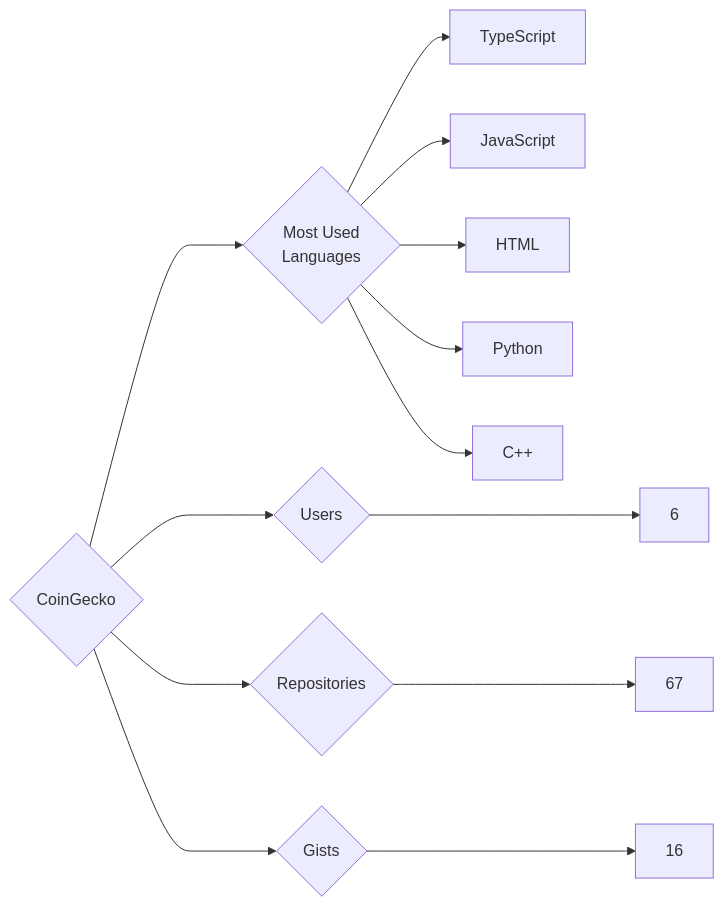
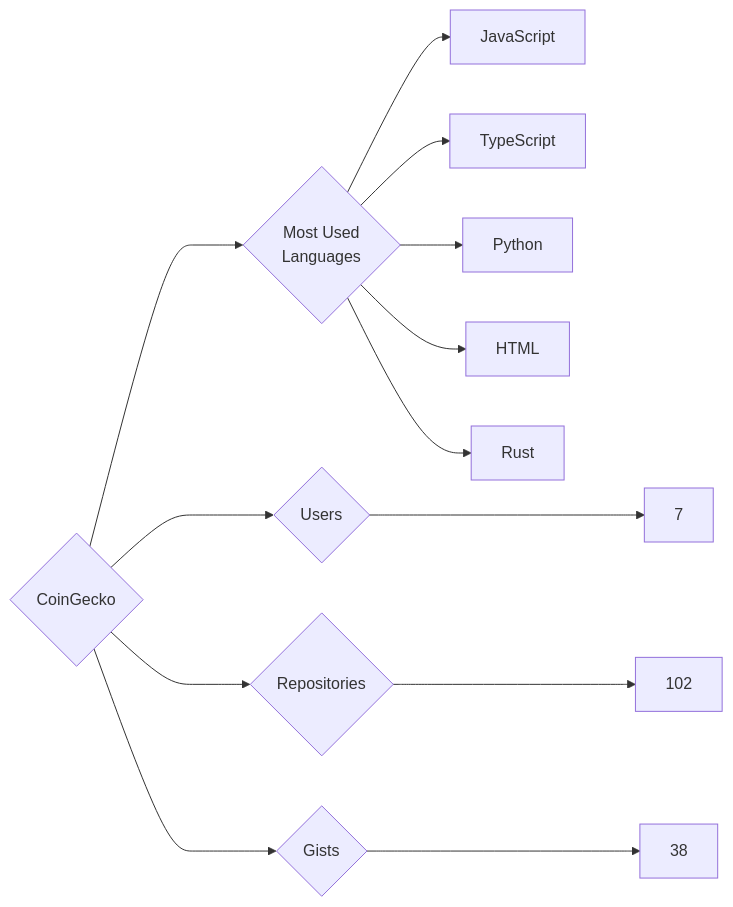
Before and after one commit to trickest/insiders: the diagram in targets/CoinGecko/README.md, drawn with Mermaid. The commit also changed 1175 other files, not shown here.

````diff
--- a/targets/CoinGecko/README.md
+++ b/targets/CoinGecko/README.md
@@ -3,13 +3,13 @@
 ```mermaid
 graph LR
 COMPANY_NAME{CoinGecko}
-COMPANY_NAME ---> U{Users} ---> UN[6]
-COMPANY_NAME ---> R{Repositories} ---> RN[67]
-COMPANY_NAME ---> G{Gists} ---> GN[16]
+COMPANY_NAME ---> U{Users} ---> UN[7]
+COMPANY_NAME ---> R{Repositories} ---> RN[102]
+COMPANY_NAME ---> G{Gists} ---> GN[38]
 COMPANY_NAME ---> ML{Most Used<br>Languages}
+ML --> JavaScript[JavaScript]
 ML --> TypeScript[TypeScript]
-ML --> JavaScript[JavaScript]
+ML --> Python[Python]
 ML --> HTML[HTML]
-ML --> Python[Python]
-ML --> C++[C++]
+ML --> Rust[Rust]
 ```
````
